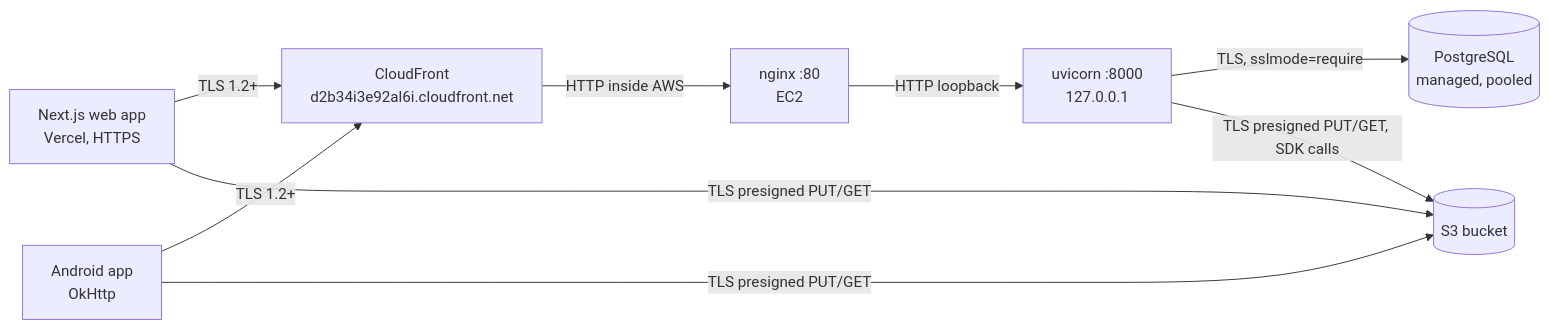
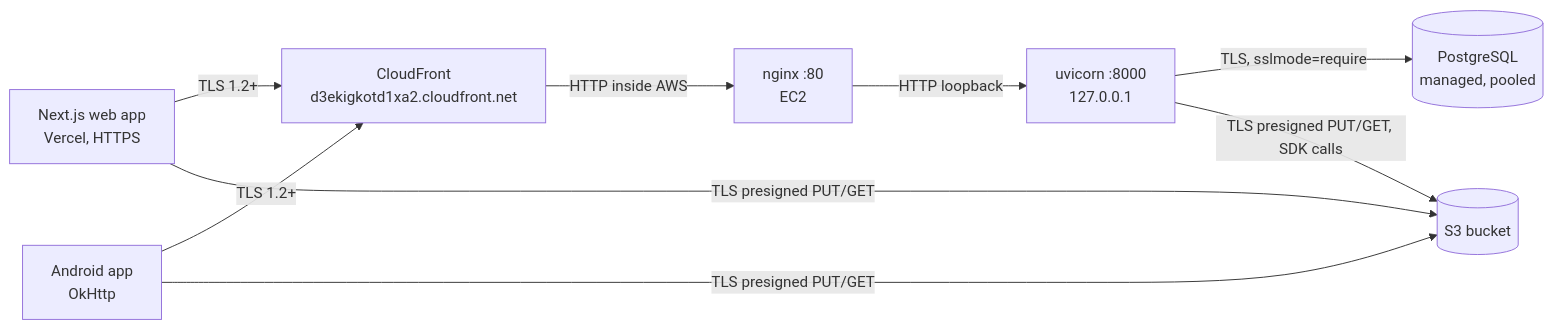
Before and after one commit to cxacraftecosystem-ui/designer-portal: the diagram in docs/SECURITY.md, drawn with Mermaid. The commit also changed other lines of this file and 21 other files, not shown here.

````diff
--- a/docs/SECURITY.md
+++ b/docs/SECURITY.md
@@ -15,19 +15,19 @@
 ```mermaid
 flowchart LR
   web[Next.js web app<br/>Vercel, HTTPS]
   app[Android app<br/>OkHttp]
-  cf[CloudFront<br/>d2b34i3e92al6i.cloudfront.net]
+  cf[CloudFront<br/>d3ekigkotd1xa2.cloudfront.net]
   nginx[nginx :80<br/>EC2]
   api[uvicorn :8000<br/>127.0.0.1]
   s3[(S3 bucket)]
   pg[(PostgreSQL<br/>managed, pooled)]
 
   web -->|TLS 1.2+| cf
   app -->|TLS 1.2+| cf
   cf -->|HTTP inside AWS| nginx
   nginx -->|HTTP loopback| api
   web -->|TLS presigned PUT/GET| s3
   app -->|TLS presigned PUT/GET| s3
   api -->|TLS, sslmode=require| pg
   api -->|TLS presigned PUT/GET, SDK calls| s3
 ```
````
